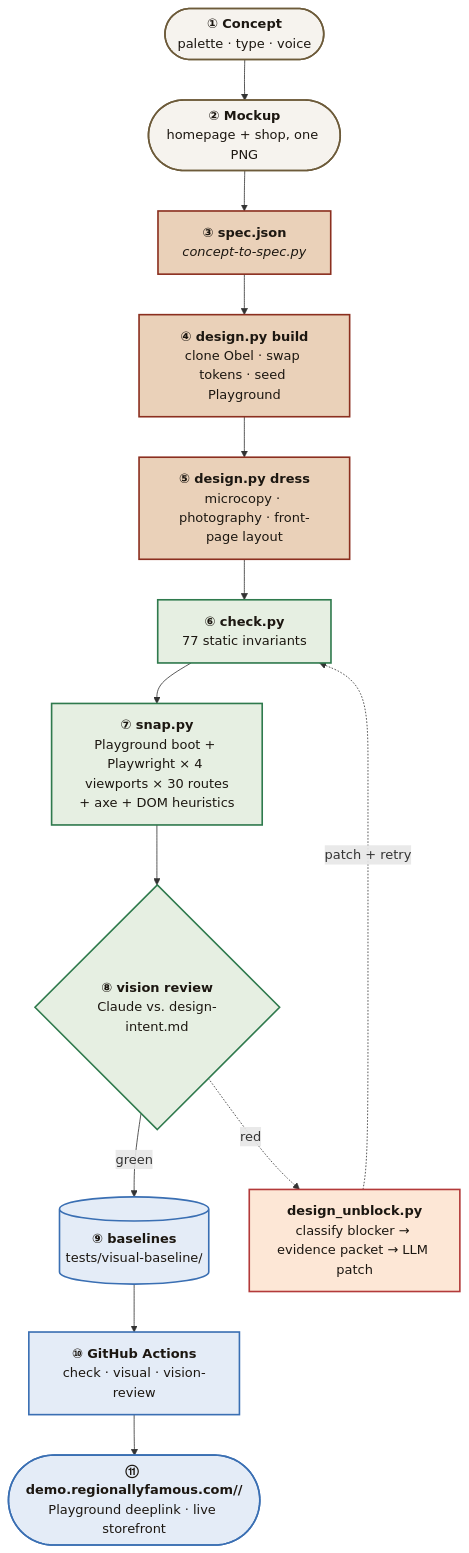
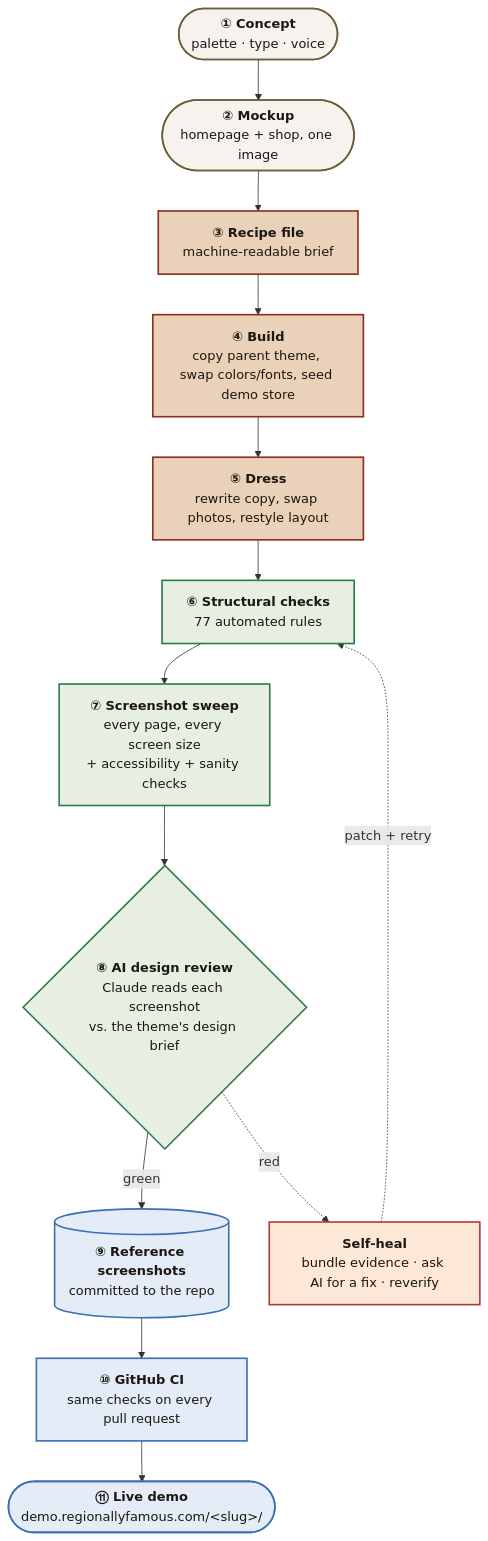
Before and after one commit to RegionallyFamous/fifty: the diagram in docs/how-it-works.md, drawn with Mermaid. The commit also changed other lines of this file, not shown here.

````diff
--- a/docs/how-it-works.md
+++ b/docs/how-it-works.md
@@ -7,26 +9,26 @@
 ```mermaid
 flowchart TB
     classDef ideate fill:#f6f3ee,stroke:#6d5b3a,color:#1c1711,stroke-width:2px
     classDef design fill:#ead1b9,stroke:#8b2f1f,color:#1c1711,stroke-width:2px
     classDef verify fill:#e6efe2,stroke:#2F7A4D,color:#1c1711,stroke-width:2px
     classDef heal   fill:#fde7d6,stroke:#b33a3a,color:#1c1711,stroke-width:2px
     classDef ship   fill:#e4ecf7,stroke:#3A6FB3,color:#1c1711,stroke-width:2px
 
     A(["<b>① Concept</b><br/>palette · type · voice"]):::ideate
-    M(["<b>② Mockup</b><br/>homepage + shop, one PNG"]):::ideate
-    S["<b>③ spec.json</b><br/><i>concept-to-spec.py</i>"]:::design
-    B["<b>④ design.py build</b><br/>clone Obel · swap tokens · seed Playground"]:::design
-    D["<b>⑤ design.py dress</b><br/>microcopy · photography · front-page layout"]:::design
-    CH["<b>⑥ check.py</b><br/>77 static invariants"]:::verify
-    SN["<b>⑦ snap.py</b><br/>Playground boot + Playwright × 4 viewports × 30 routes<br/>+ axe + DOM heuristics"]:::verify
-    VI{"<b>⑧ vision review</b><br/>Claude vs. design-intent.md"}:::verify
-    UN["<b>design_unblock.py</b><br/>classify blocker → evidence packet → LLM patch"]:::heal
-    BL[("<b>⑨ baselines</b><br/>tests/visual-baseline/")]:::ship
-    CI["<b>⑩ GitHub Actions</b><br/>check · visual · vision-review"]:::ship
-    LIVE(["<b>⑪ demo.regionallyfamous.com/<slug>/</b><br/>Playground deeplink · live storefront"]):::ship
+    M(["<b>② Mockup</b><br/>homepage + shop, one image"]):::ideate
+    S["<b>③ Recipe file</b><br/>machine-readable brief"]:::design
+    B["<b>④ Build</b><br/>copy parent theme, swap colors/fonts, seed demo store"]:::design
+    D["<b>⑤ Dress</b><br/>rewrite copy, swap photos, restyle layout"]:::design
+    CH["<b>⑥ Structural checks</b><br/>77 automated rules"]:::verify
+    SN["<b>⑦ Screenshot sweep</b><br/>every page, every screen size<br/>+ accessibility + sanity checks"]:::verify
+    VI{"<b>⑧ AI design review</b><br/>Claude reads each screenshot<br/>vs. the theme's design brief"}:::verify
+    UN["<b>Self-heal</b><br/>bundle evidence · ask AI for a fix · reverify"]:::heal
+    BL[("<b>⑨ Reference screenshots</b><br/>committed to the repo")]:::ship
+    CI["<b>⑩ GitHub CI</b><br/>same checks on every pull request"]:::ship
+    LIVE(["<b>⑪ Live demo</b><br/>demo.regionallyfamous.com/&lt;slug&gt;/"]):::ship
 
     A --> M --> S --> B --> D --> CH --> SN --> VI
     VI -->|green| BL --> CI --> LIVE
     VI -. red .-> UN
     UN -. patch + retry .-> CH
 ```
````
